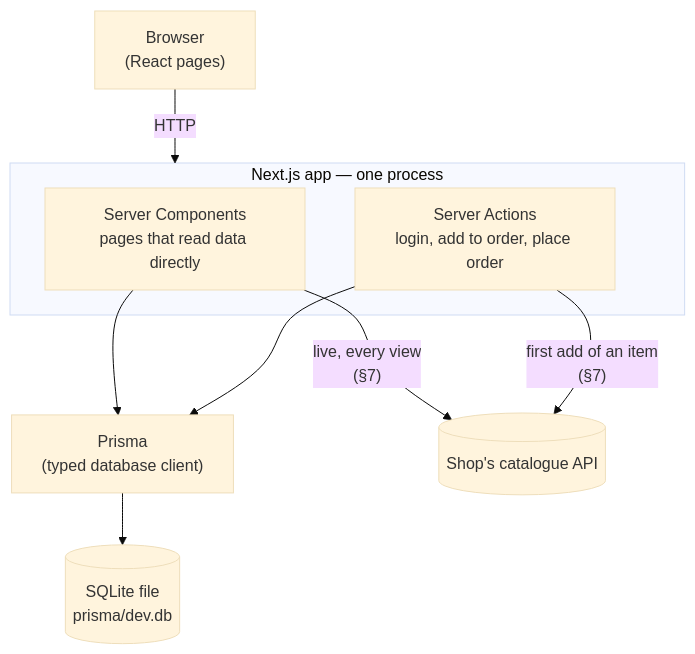
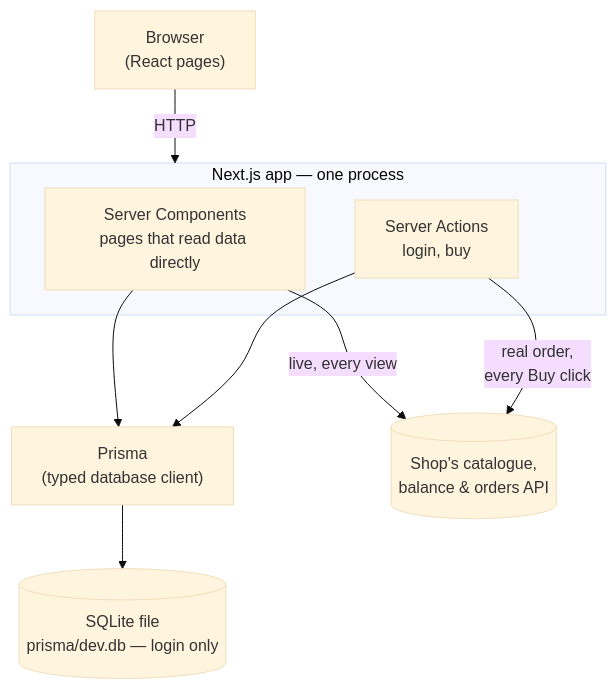
The first of 2 diagrams in architecture.md (kaushikvikash96/my-furniture-buyer-app), drawn with Mermaid (base theme) before and after one commit. The commit also changed other lines of this file and 22 other files, not shown here.

Commit message:
Connect app to the real furniture-shop API (updated

````diff
--- a/architecture.md
+++ b/architecture.md
@@ -13,15 +12,15 @@
 ```mermaid
 flowchart TD
     B["Browser<br/>(React pages)"] -->|"HTTP"| N
 
     subgraph N["Next.js app — one process"]
         SC["Server Components<br/>pages that read data directly"]
-        SA["Server Actions<br/>login, add to order, place order"]
+        SA["Server Actions<br/>login, buy"]
     end
 
     SC --> P["Prisma<br/>(typed database client)"]
     SA --> P
-    P --> DB[("SQLite file<br/>prisma/dev.db")]
-    SC -->|"live, every view<br/>(§7)"| API[("Shop's catalogue API")]
-    SA -->|"first add of an item<br/>(§7)"| API
+    P --> DB[("SQLite file<br/>prisma/dev.db — login only")]
+    SC -->|"live, every view"| API[("Shop's catalogue,<br/>balance & orders API")]
+    SA -->|"real order,<br/>every Buy click"| API
 ```
````
